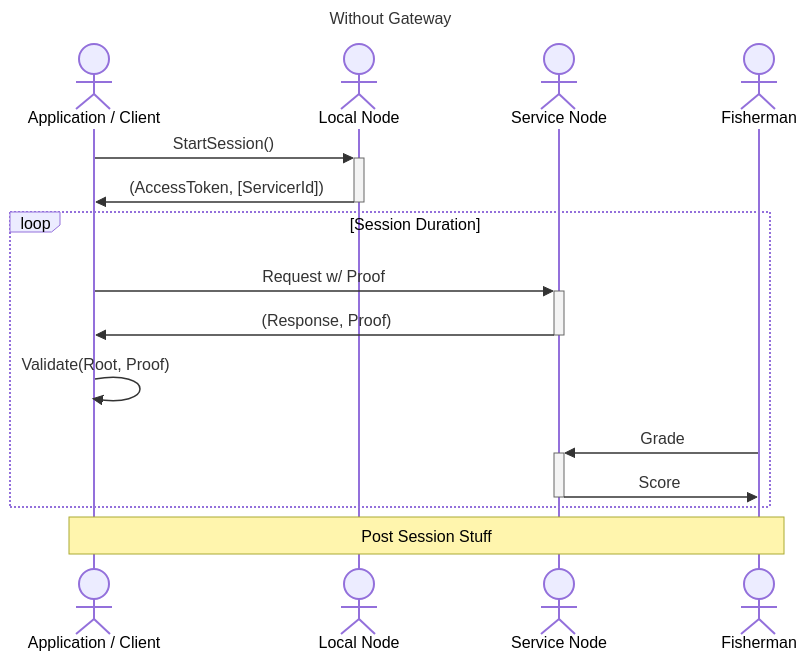
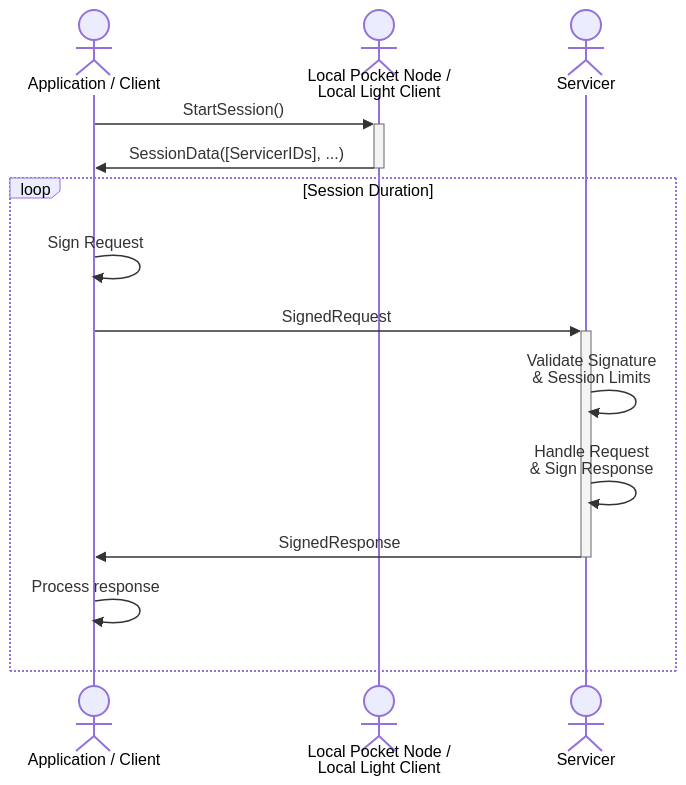
Diagram 11 of 13 in utility/README.md (pokt-network/pocket-network-protocol), drawn with Mermaid before and after one commit. The commit also changed other lines of this file and 1 other file, not shown here.

Commit message:
Added the gateway protocol

````diff
--- a/utility/README.md
+++ b/utility/README.md
@@ -739,27 +744,20 @@
 ```mermaid
 sequenceDiagram
-title Without Gateway
-actor AC as Application / Client
-actor LN as Local Node
-actor SN as Service Node
-actor F as Fisherman
+    actor AC as Application / Client
+    actor LN as Local Pocket Node / <br>Local Light Client
+    actor SN as Servicer
 
-    AC->>+LN: StartSession()
-    LN->>-AC: (AccessToken, [ServicerId])
+    AC ->> +LN: StartSession()
+    LN ->> -AC: SessionData([ServicerIDs], ...)
 
     loop Session Duration
-        %% AC->>+SN: Request
-        %% SN->>-AC: Response
+        AC ->> AC: Sign Request
 
-        %% AC->>AC: Proof? Challange?
-        AC->>+SN: Request w/ Proof
-        SN->>-AC: (Response, Proof)
+        AC ->>+ SN: SignedRequest
+        SN ->> SN: Validate Signature<br>& Session Limits
+        SN ->> SN: Handle Request<br>& Sign Response
+        SN ->>- AC: SignedResponse
 
-        AC->>AC: Validate(Root, Proof)
-
-        F->>+SN: Grade
-        SN->>-F: Score
+        AC ->> AC: Process response
     end
-
-    note over AC, F: Post Session Stuff
 ```
````
